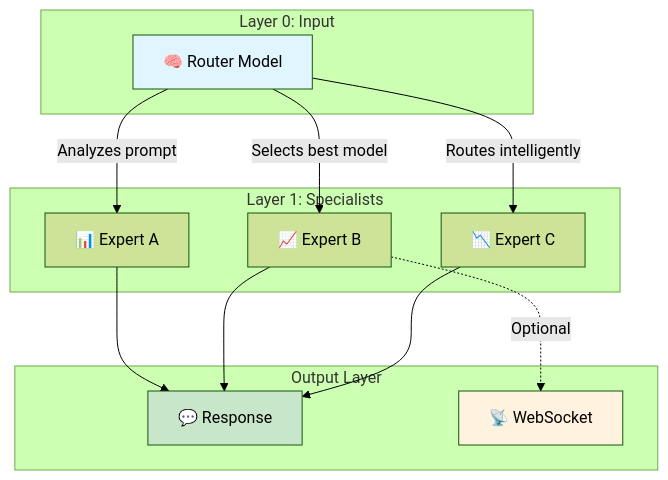
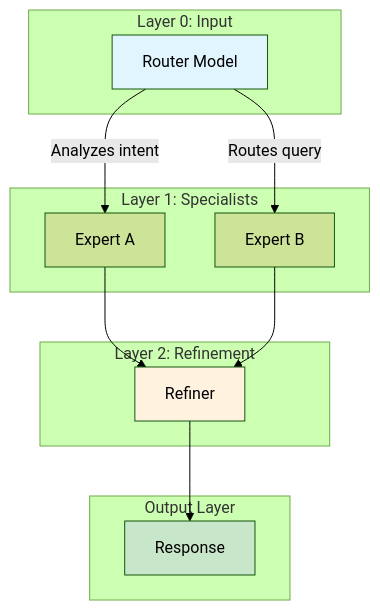
Before and after one commit to Avarok-Cybersecurity/llmnet: the diagram in README.md, drawn with Mermaid (forest theme). The commit also changed other lines of this file and 6 other files, not shown here.

````diff
--- a/README.md
+++ b/README.md
@@ -87,30 +93,29 @@
 ```mermaid
 flowchart TB
     subgraph Layer0["Layer 0: Input"]
-        R[🧠 Router Model]
+        R[Router Model]
     end
 
     subgraph Layer1["Layer 1: Specialists"]
-        A[📊 Expert A]
-        B[📈 Expert B]
-        C[📉 Expert C]
+        A[Expert A]
+        B[Expert B]
+    end
+
+    subgraph Layer2["Layer 2: Refinement"]
+        REF[Refiner]
     end
 
     subgraph Output["Output Layer"]
-        O[💬 Response]
-        W[📡 WebSocket]
+        O[Response]
     end
 
-    R -->|"Analyzes prompt"| A
-    R -->|"Selects best model"| B
-    R -->|"Routes intelligently"| C
-
-    A --> O
-    B --> O
-    C --> O
-    B -.->|"Optional"| W
+    R -->|"Analyzes intent"| A
+    R -->|"Routes query"| B
+    A --> REF
+    B --> REF
+    REF --> O
 
     style R fill:#e1f5fe
+    style REF fill:#fff3e0
     style O fill:#c8e6c9
-    style W fill:#fff3e0
 ```
````
